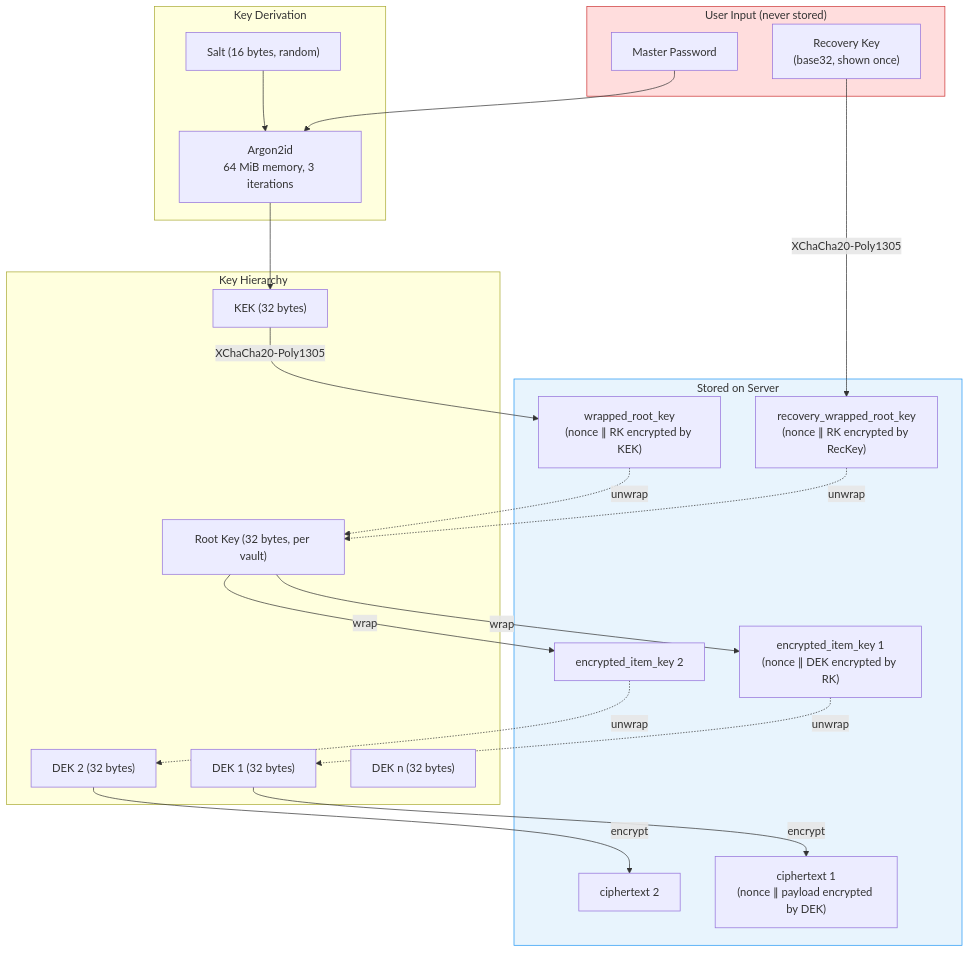
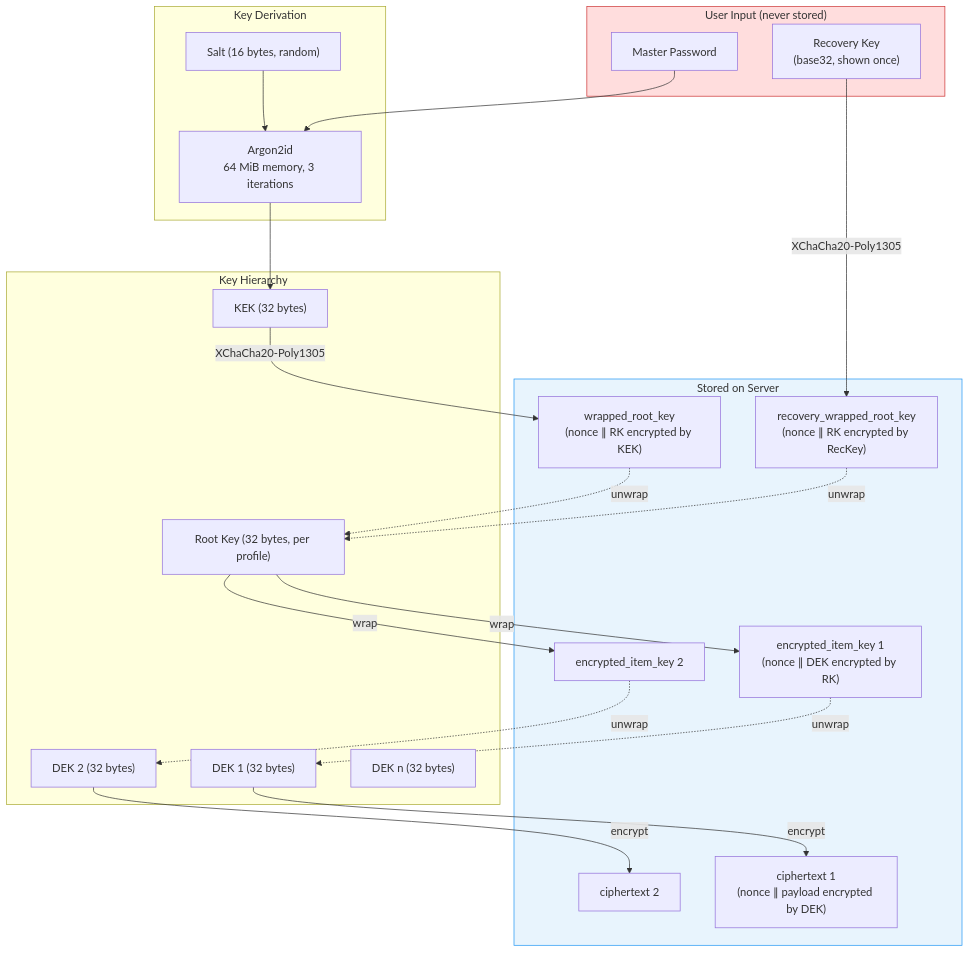
Before and after one commit to punitarani/abadge: the first of 3 diagrams in docs/ENVELOPE_SPEC.md, drawn with Mermaid. The commit also changed other lines of this file and 217 other files, not shown here.

````diff
--- a/docs/ENVELOPE_SPEC.md
+++ b/docs/ENVELOPE_SPEC.md
@@ -16,46 +22,46 @@
 ```mermaid
 flowchart TD
   subgraph UserInput["User Input (never stored)"]
     MP["Master Password"]
     RecKey["Recovery Key<br/>(base32, shown once)"]
   end
 
   subgraph KDFLayer["Key Derivation"]
     SALT["Salt (16 bytes, random)"]
     KDF["Argon2id<br/>64 MiB memory, 3 iterations"]
   end
 
   subgraph KeyLayer["Key Hierarchy"]
     KEK["KEK (32 bytes)"]
-    RK["Root Key (32 bytes, per vault)"]
+    RK["Root Key (32 bytes, per profile)"]
     DEK1["DEK 1 (32 bytes)"]
     DEK2["DEK 2 (32 bytes)"]
     DEKn["DEK n (32 bytes)"]
   end
 
   subgraph StoredOnServer["Stored on Server"]
     WRK["wrapped_root_key<br/>(nonce ∥ RK encrypted by KEK)"]
     RWRK["recovery_wrapped_root_key<br/>(nonce ∥ RK encrypted by RecKey)"]
     EIK1["encrypted_item_key 1<br/>(nonce ∥ DEK encrypted by RK)"]
     EIK2["encrypted_item_key 2"]
     CT1["ciphertext 1<br/>(nonce ∥ payload encrypted by DEK)"]
     CT2["ciphertext 2"]
   end
 
   MP --> KDF
   SALT --> KDF
   KDF --> KEK
   KEK -->|XChaCha20-Poly1305| WRK
   RecKey -->|XChaCha20-Poly1305| RWRK
   WRK -.->|unwrap| RK
   RWRK -.->|unwrap| RK
   RK -->|wrap| EIK1
   RK -->|wrap| EIK2
   EIK1 -.->|unwrap| DEK1
   EIK2 -.->|unwrap| DEK2
   DEK1 -->|encrypt| CT1
   DEK2 -->|encrypt| CT2
 
   style UserInput fill:#fdd,stroke:#c33
   style StoredOnServer fill:#e8f4fd,stroke:#2196F3
 ```
````
